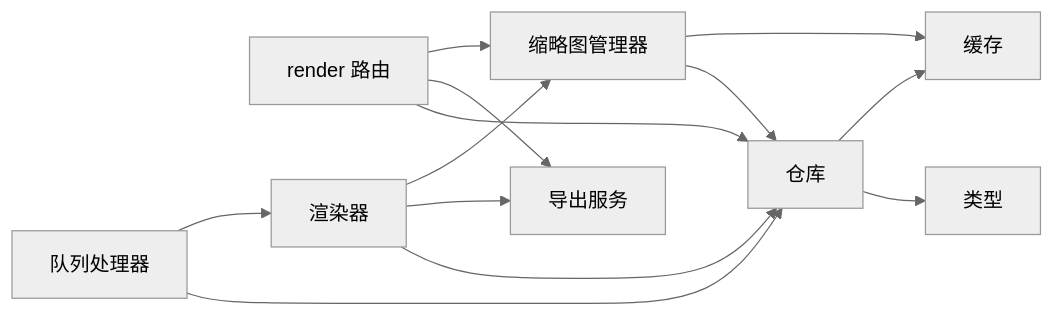
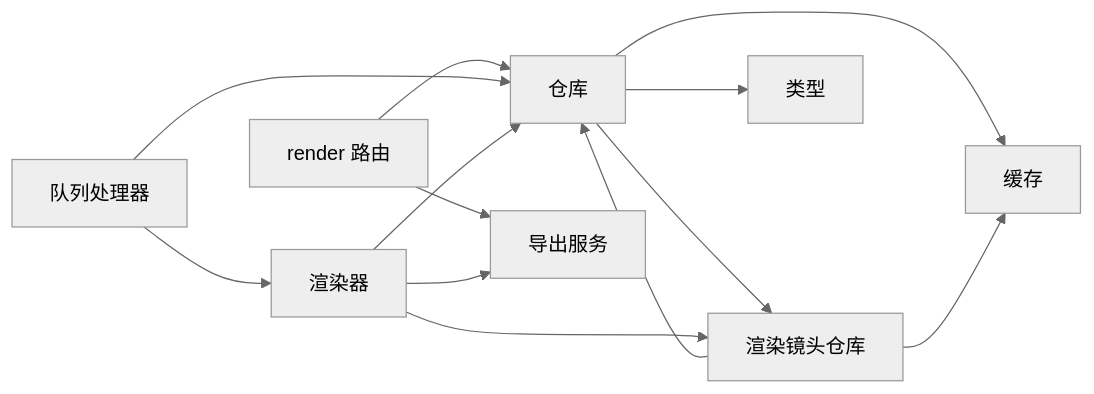
The fifth of 5 diagrams in .qoder/repowiki/zh/content/架构设计/核心模块设计/渲染引擎设计/渲染数据仓库.md (AIMFllyYS/code-video-canvas), drawn with Mermaid (neutral theme) before and after one commit. The commit also changed other lines of this file and 44 other files, not shown here.

````diff
--- a/.qoder/repowiki/zh/content/架构设计/核心模块设计/渲染引擎设计/渲染数据仓库.md
+++ b/.qoder/repowiki/zh/content/架构设计/核心模块设计/渲染引擎设计/渲染数据仓库.md
@@ -312,15 +309,15 @@
 ```mermaid
 graph LR
 API["render 路由"] --> Repo["仓库"]
 API --> Export["导出服务"]
-API --> Thumbnail["缩略图管理器"]
+Repo --> ShotRepo["渲染镜头仓库"]
 Repo --> Types["类型"]
 Repo --> Cache["缓存"]
 Queue["队列处理器"] --> Repo
 Queue --> Renderer["渲染器"]
 Renderer --> Repo
 Renderer --> Export
-Renderer --> Thumbnail
-Thumbnail --> Repo
-Thumbnail --> Cache
+Renderer --> ShotRepo
+ShotRepo --> Repo
+ShotRepo --> Cache
 ```
````
